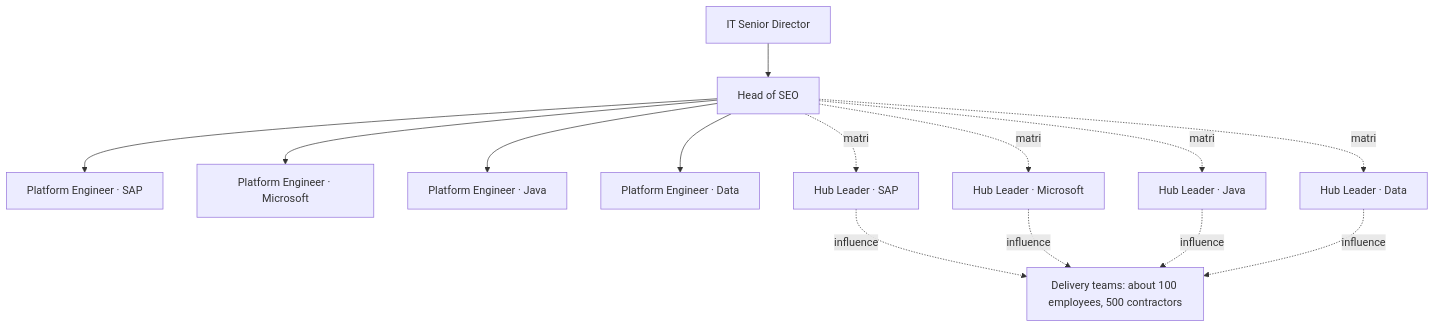
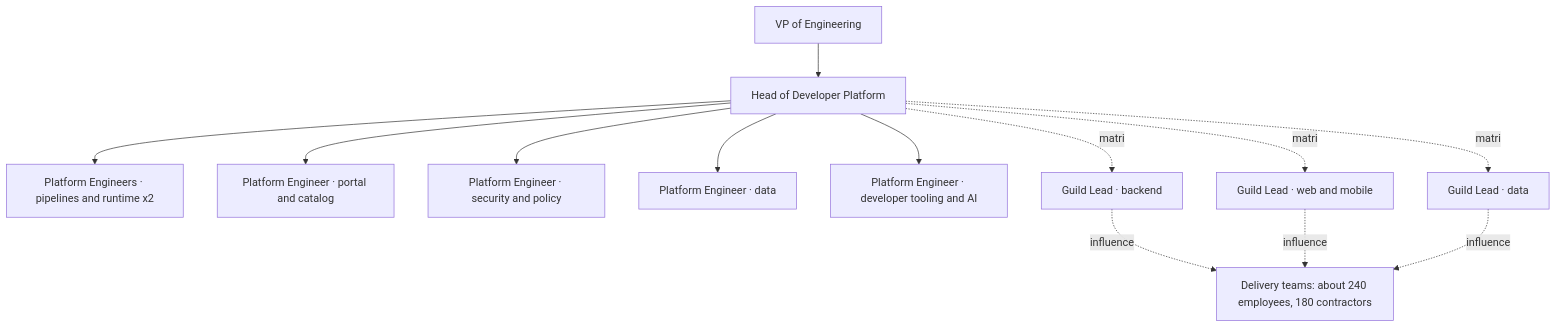
Before and after one commit to martinnv6/idp-practice-as-leadership: the diagram in leadership/people/team-and-hiring.md, drawn with Mermaid. The commit also changed other lines of this file and 104 other files, not shown here.

````diff
--- a/leadership/people/team-and-hiring.md
+++ b/leadership/people/team-and-hiring.md
@@ -7,13 +7,13 @@
 ```mermaid
 flowchart TB
-  dir[IT Senior Director] --> head[Head of SEO]
-  head --> e1[Platform Engineer · SAP]
-  head --> e2[Platform Engineer · Microsoft]
-  head --> e3[Platform Engineer · Java]
-  head --> e4[Platform Engineer · Data]
-  head -.matrix.-> h1[Hub Leader · SAP]
-  head -.matrix.-> h2[Hub Leader · Microsoft]
-  head -.matrix.-> h3[Hub Leader · Java]
-  head -.matrix.-> h4[Hub Leader · Data]
-  h1 & h2 & h3 & h4 -.influence.-> teams[Delivery teams: about 100 employees, 500 contractors]
+  vp[VP of Engineering] --> head[Head of Developer Platform]
+  head --> e1[Platform Engineers · pipelines and runtime x2]
+  head --> e2[Platform Engineer · portal and catalog]
+  head --> e3[Platform Engineer · security and policy]
+  head --> e4[Platform Engineer · data]
+  head --> e5[Platform Engineer · developer tooling and AI]
+  head -.matrix.-> g1[Guild Lead · backend]
+  head -.matrix.-> g2[Guild Lead · web and mobile]
+  head -.matrix.-> g3[Guild Lead · data]
+  g1 & g2 & g3 -.influence.-> teams[Delivery teams: about 240 employees, 180 contractors]
 ```
````
